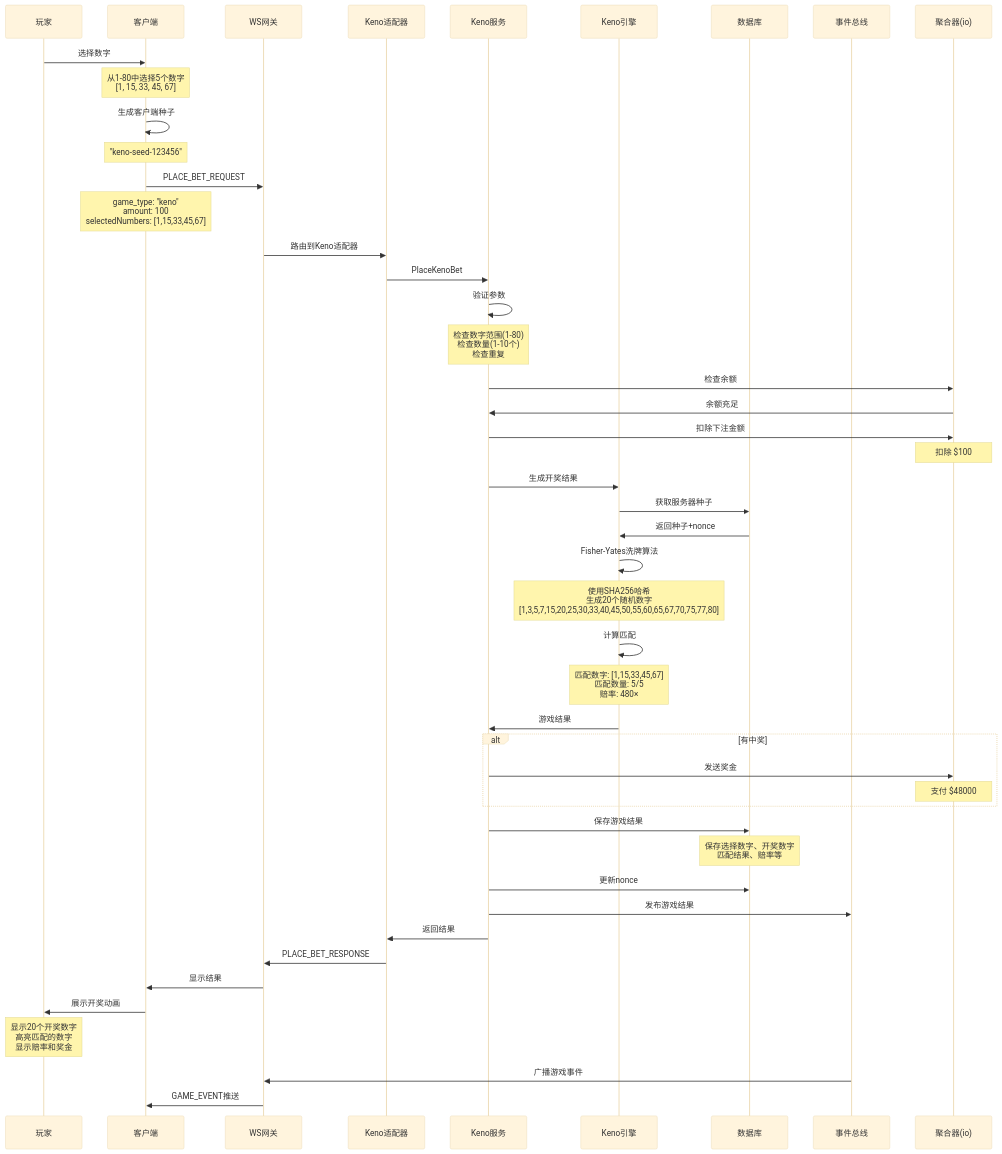
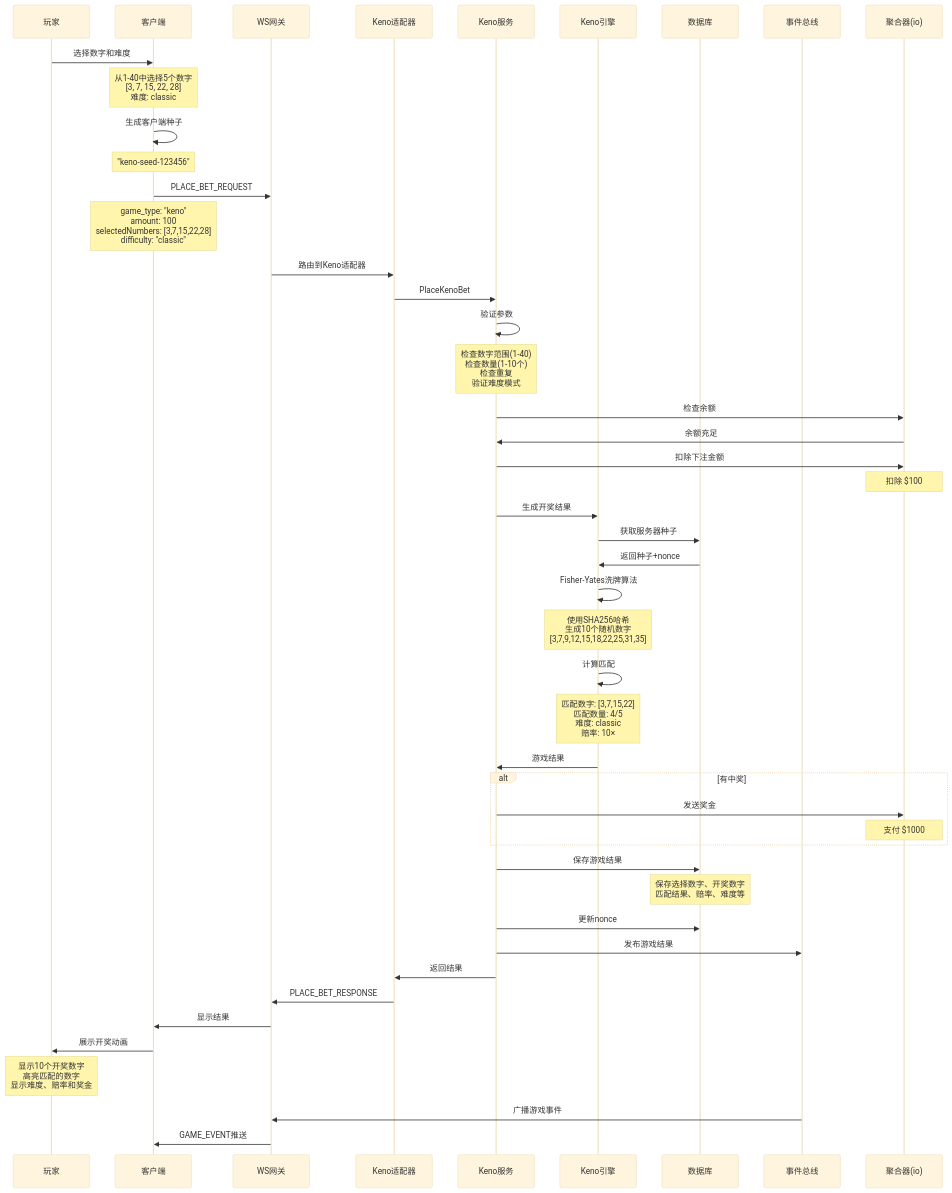
Diagram 15 of 36 in sequence-diagrams-zh.md (infigaming-com/invoker-gh-pages), drawn with Mermaid (base theme) before and after one commit. The commit also changed other lines of this file and 2 other files, not shown here.

````diff
--- a/sequence-diagrams-zh.md
+++ b/sequence-diagrams-zh.md
@@ -746,67 +746,67 @@
 ```mermaid
 sequenceDiagram
     participant Player as 玩家
     participant Client as 客户端
     participant WSGateway as WS网关
     participant KenoAdapter as Keno适配器
     participant KenoService as Keno服务
     participant KenoEngine as Keno引擎
     participant Database as 数据库
     participant EventBus as 事件总线
     participant Aggregator as 聚合器(io)
 
-    Player->>Client: 选择数字
-    Note over Client: 从1-80中选择5个数字<br/>[1, 15, 33, 45, 67]
+    Player->>Client: 选择数字和难度
+    Note over Client: 从1-40中选择5个数字<br/>[3, 7, 15, 22, 28]<br/>难度: classic
     
     Client->>Client: 生成客户端种子
     Note over Client: "keno-seed-123456"
     
     Client->>WSGateway: PLACE_BET_REQUEST
-    Note over Client: game_type: "keno"<br/>amount: 100<br/>selectedNumbers: [1,15,33,45,67]
+    Note over Client: game_type: "keno"<br/>amount: 100<br/>selectedNumbers: [3,7,15,22,28]<br/>difficulty: "classic"
     
     WSGateway->>KenoAdapter: 路由到Keno适配器
     KenoAdapter->>KenoService: PlaceKenoBet
     
     KenoService->>KenoService: 验证参数
-    Note over KenoService: 检查数字范围(1-80)<br/>检查数量(1-10个)<br/>检查重复
+    Note over KenoService: 检查数字范围(1-40)<br/>检查数量(1-10个)<br/>检查重复<br/>验证难度模式
 
     KenoService->>Aggregator: 检查余额
     Aggregator->>KenoService: 余额充足
     
     KenoService->>Aggregator: 扣除下注金额
     Note over Aggregator: 扣除 $100
     
     KenoService->>KenoEngine: 生成开奖结果
     KenoEngine->>Database: 获取服务器种子
     Database->>KenoEngine: 返回种子+nonce
     
     KenoEngine->>KenoEngine: Fisher-Yates洗牌算法
-    Note over KenoEngine: 使用SHA256哈希<br/>生成20个随机数字<br/>[1,3,5,7,15,20,25,30,33,40,45,50,55,60,65,67,70,75,77,80]
+    Note over KenoEngine: 使用SHA256哈希<br/>生成10个随机数字<br/>[3,7,9,12,15,18,22,25,31,35]
     
     KenoEngine->>KenoEngine: 计算匹配
-    Note over KenoEngine: 匹配数字: [1,15,33,45,67]<br/>匹配数量: 5/5<br/>赔率: 480×
+    Note over KenoEngine: 匹配数字: [3,7,15,22]<br/>匹配数量: 4/5<br/>难度: classic<br/>赔率: 10×
     
     KenoEngine->>KenoService: 游戏结果
     
     alt 有中奖
         KenoService->>Aggregator: 发送奖金
-        Note over Aggregator: 支付 $48000
+        Note over Aggregator: 支付 $1000
     end
     
     KenoService->>Database: 保存游戏结果
-    Note over Database: 保存选择数字、开奖数字<br/>匹配结果、赔率等
+    Note over Database: 保存选择数字、开奖数字<br/>匹配结果、赔率、难度等
     
     KenoService->>Database: 更新nonce
     
     KenoService->>EventBus: 发布游戏结果
     
     KenoService->>KenoAdapter: 返回结果
     KenoAdapter->>WSGateway: PLACE_BET_RESPONSE
     WSGateway->>Client: 显示结果
     
     Client->>Player: 展示开奖动画
-    Note over Player: 显示20个开奖数字<br/>高亮匹配的数字<br/>显示赔率和奖金
+    Note over Player: 显示10个开奖数字<br/>高亮匹配的数字<br/>显示难度、赔率和奖金
     
     EventBus->>WSGateway: 广播游戏事件
     WSGateway->>Client: GAME_EVENT推送
 ```
````
